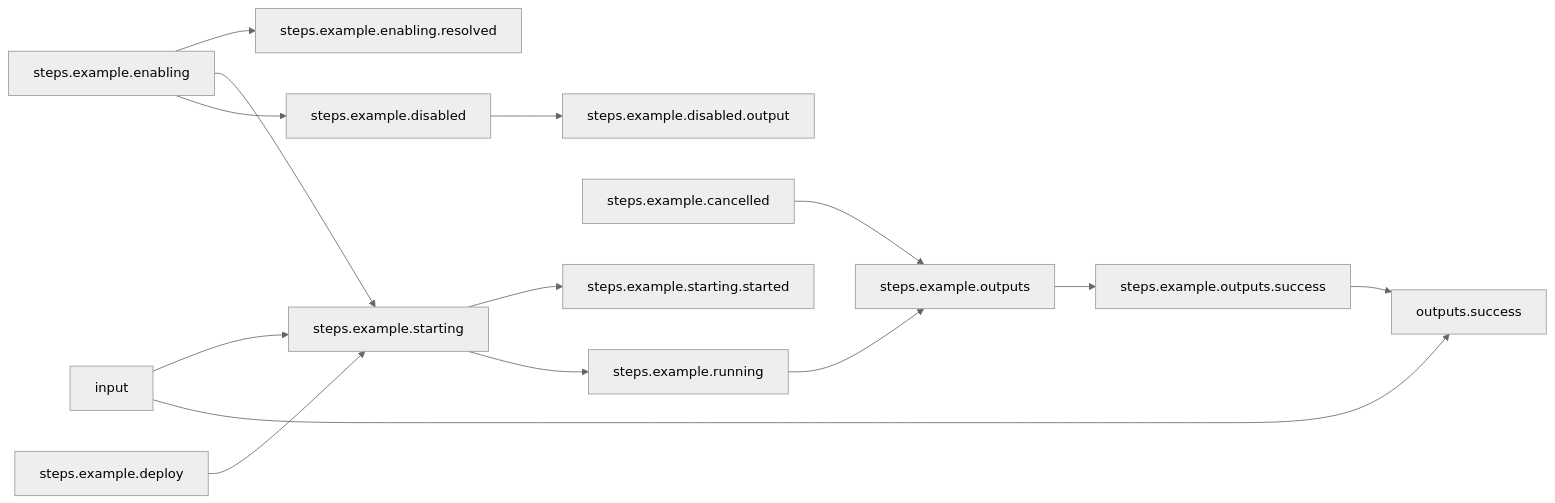
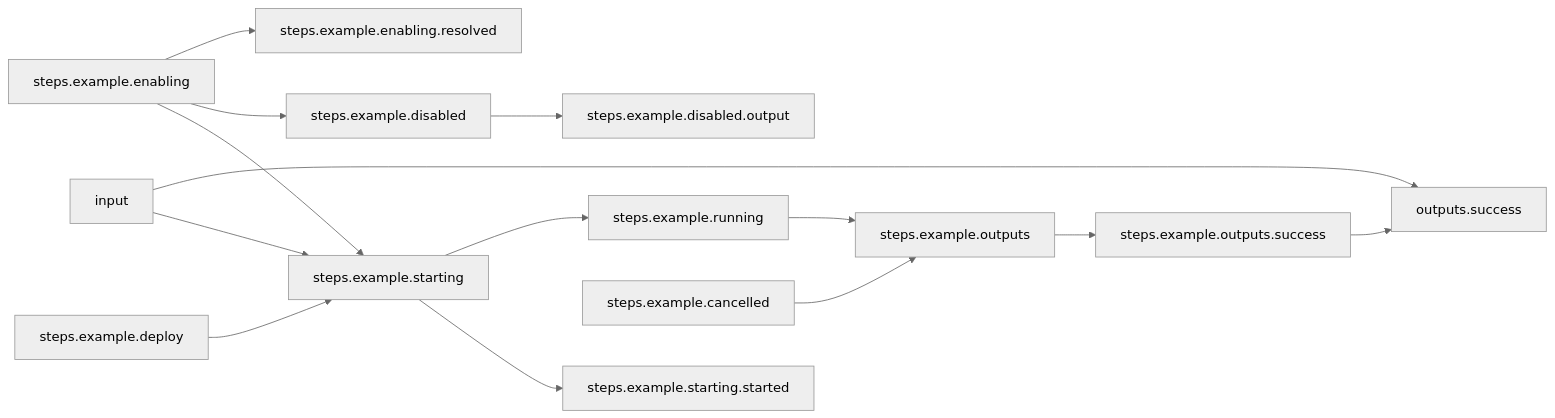
The second of 2 diagrams in basic-examples/sub-workflow-foreach/README.md (arcalot/arcaflow-workflows), drawn with Mermaid (neutral theme) before and after one commit. The commit also changed other lines of this file and 19 other files, not shown here.

````diff
--- a/basic-examples/sub-workflow-foreach/README.md
+++ b/basic-examples/sub-workflow-foreach/README.md
@@ -57,18 +124,18 @@
 ```mermaid
 %% Mermaid markdown workflow
 flowchart LR
 %% Success path
-steps.example.outputs-->steps.example.outputs.success
 steps.example.deploy-->steps.example.starting
+steps.example.outputs.success-->outputs.success
+steps.example.running-->steps.example.outputs
+steps.example.starting-->steps.example.starting.started
+steps.example.starting-->steps.example.running
+steps.example.disabled-->steps.example.disabled.output
+steps.example.cancelled-->steps.example.outputs
 input-->steps.example.starting
 input-->outputs.success
-steps.example.disabled-->steps.example.disabled.output
-steps.example.enabling-->steps.example.enabling.resolved
 steps.example.enabling-->steps.example.starting
 steps.example.enabling-->steps.example.disabled
-steps.example.cancelled-->steps.example.outputs
-steps.example.running-->steps.example.outputs
-steps.example.outputs.success-->outputs.success
-steps.example.starting-->steps.example.starting.started
-steps.example.starting-->steps.example.running
+steps.example.enabling-->steps.example.enabling.resolved
+steps.example.outputs-->steps.example.outputs.success
 ```
````
